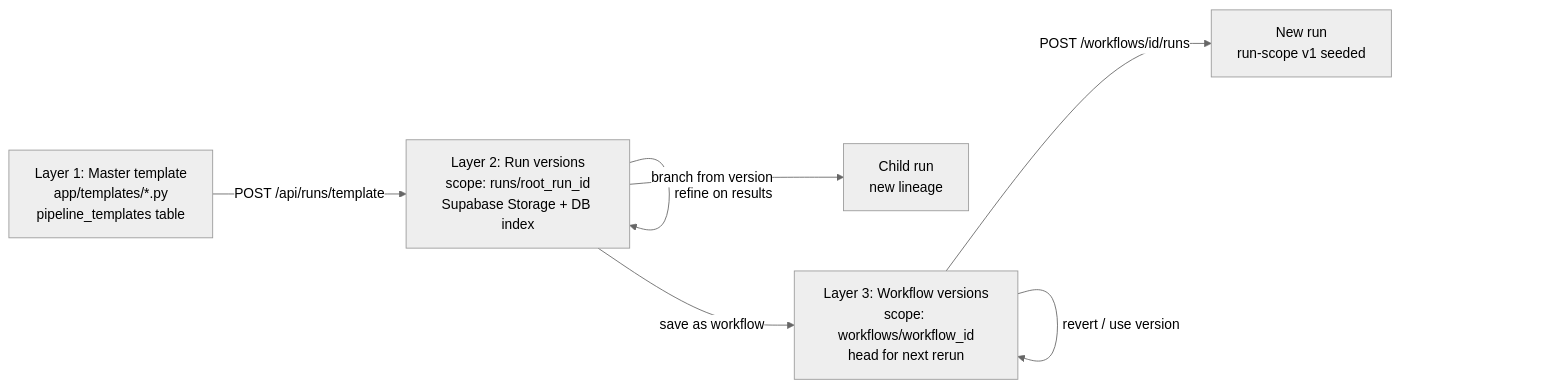
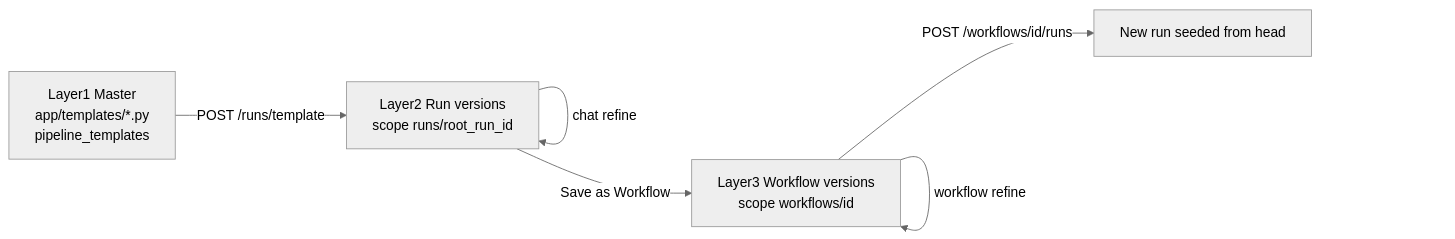
One commit to DeadPixel27/agentflow changed the fifth of 7 diagrams in ARCHITECTURE.md. Above: the diagram before and after it, drawn with Mermaid (neutral theme). The commit also changed other lines of this file, not shown here.

First line of the commit message:
Expand ARCHITECTURE.md into an interview-ready system study guide.

````diff
--- a/ARCHITECTURE.md
+++ b/ARCHITECTURE.md
@@ -114,14 +440,12 @@
 ```mermaid
 flowchart LR
-  Master["Layer 1: Master template\napp/templates/*.py\npipeline_templates table"]
-  RunVer["Layer 2: Run versions\nscope: runs/root_run_id\nSupabase Storage + DB index"]
-  WfVer["Layer 3: Workflow versions\nscope: workflows/workflow_id\nhead for next rerun"]
+  Master["Layer1 Master\napp/templates/*.py\npipeline_templates"]
+  RunVer["Layer2 Run versions\nscope runs/root_run_id"]
+  WfVer["Layer3 Workflow versions\nscope workflows/id"]
 
-  Master -->|"POST /api/runs/template"| RunVer
-  RunVer -->|"refine on results"| RunVer
-  RunVer -->|"save as workflow"| WfVer
-  WfVer -->|"refine on workflow-linked run"| WfVer
-  WfVer -->|"POST /workflows/id/runs"| NewRun["New run\nrun-scope v1 seeded"]
-  RunVer -->|"branch from version"| ChildRun["Child run\nnew lineage"]
-  WfVer -->|"revert / use version"| WfVer
+  Master -->|"POST /runs/template"| RunVer
+  RunVer -->|"chat refine"| RunVer
+  RunVer -->|"Save as Workflow"| WfVer
+  WfVer -->|"workflow refine"| WfVer
+  WfVer -->|"POST /workflows/id/runs"| Seeded["New run seeded from head"]
 ```
````
